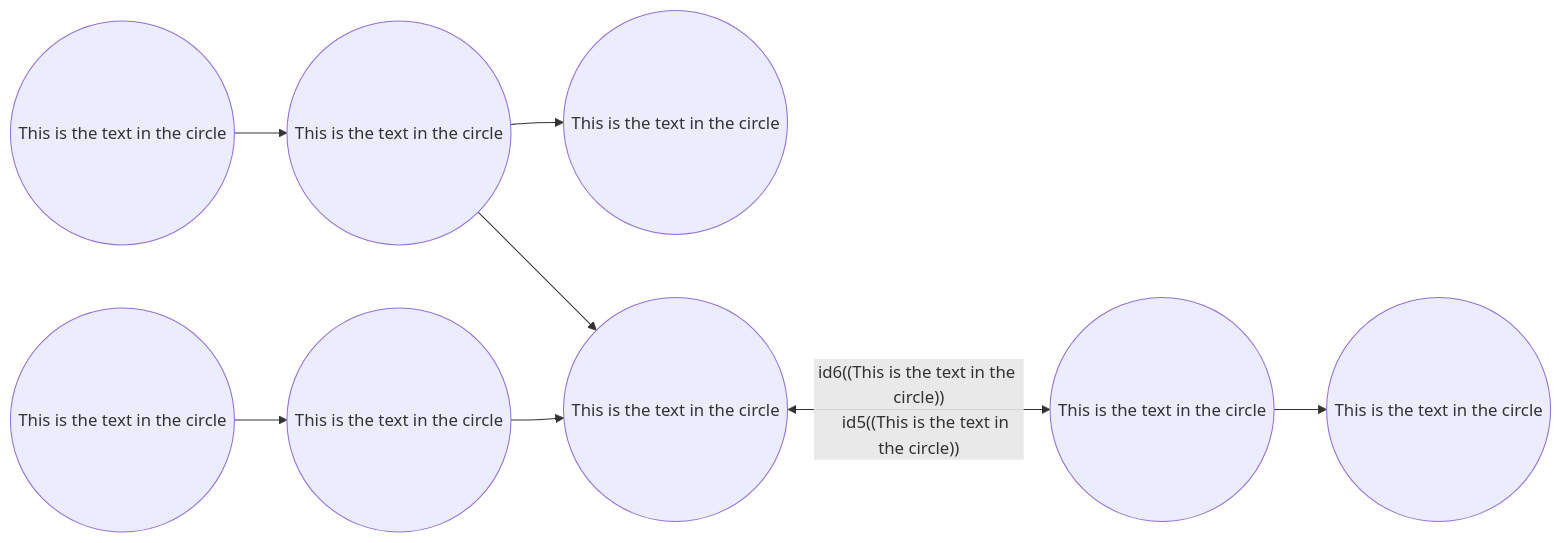
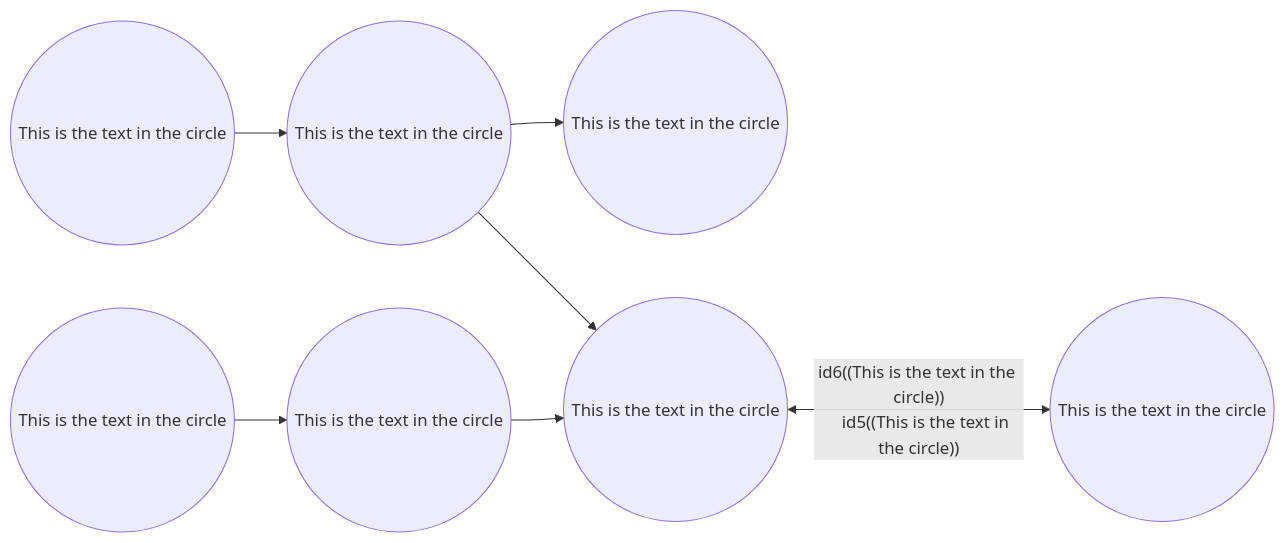
One commit to gerbssusd/dok changed the second of 2 diagrams in slides.md. Above: the diagram before and after it, drawn with Mermaid.

````diff
--- a/slides.md
+++ b/slides.md
@@ -499,14 +499,14 @@
 ```mermaid {scale: .60}
 
 flowchart LR
     id1((This is the text in the circle)) -->
     id2((This is the text in the circle)) -->
     id3((This is the text in the circle))
        id3.1((This is the text in the circle))-->
        id3.2((This is the text in the circle))-->id4
    id2 --> id4((This is the text in the circle)) <--id6((This is the text in the circle))
     id5((This is the text in the circle)) -->
-    id6((This is the text in the circle)) -->
+   
     id7((This is the text in the circle))
 
 ```
````
